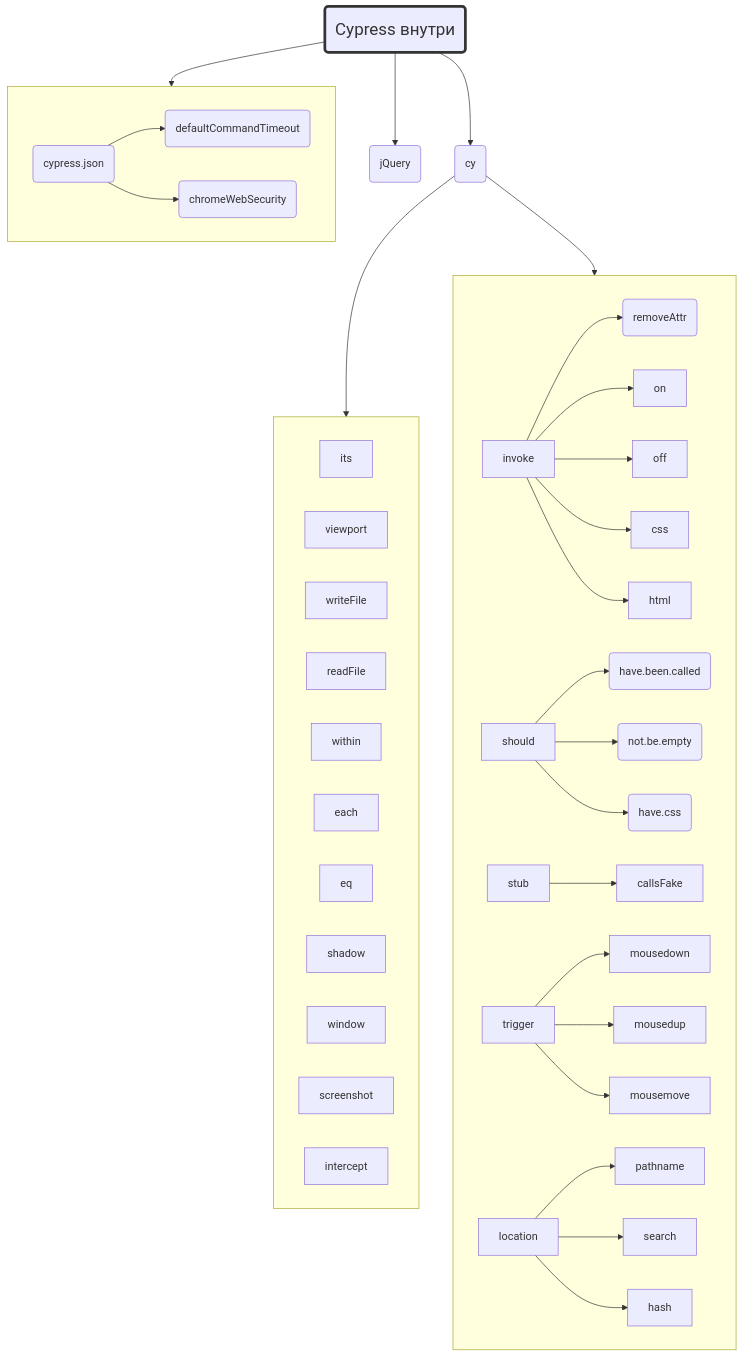
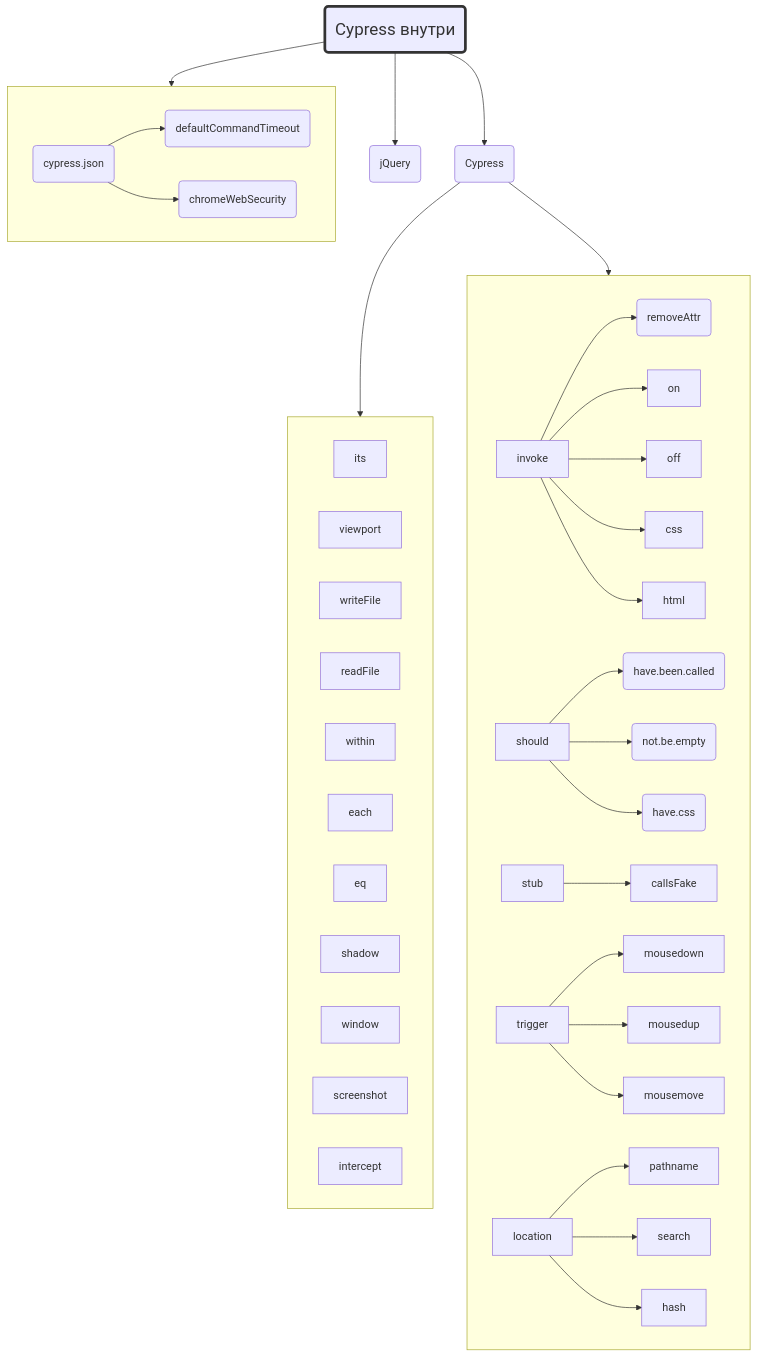
Before and after one commit to open-tutorials/cypress: the sixth of 6 diagrams in README.md, drawn with Mermaid. The commit also changed other lines of this file, not shown here.

````diff
--- a/README.md
+++ b/README.md
@@ -233,60 +233,60 @@
 ```mermaid
 flowchart TB
 deep_cypress(<span style='font-size:25px'>Cypress внутри</span>)
 
 deep_cypress --> g_cypress_json
 
 subgraph g_cypress_json [" "]
     direction LR
     cypress_json(cypress.json)
     cypress_json --> default_command_timeout(defaultCommandTimeout)
     cypress_json --> chrome_web_security(chromeWebSecurity)
 end
 
 deep_cypress --> jquery(jQuery)
 
-deep_cypress --> cypress(cy)
+deep_cypress --> cypress(Cypress)
 cypress --> g_cypress1
 cypress --> g_cypress2
 
 subgraph g_cypress1 [" "]
     direction LR
     its
     viewport
     writeFile
     readFile
     within
     each
     eq
     shadow
     window
     screenshot
     intercept
 end
 
 subgraph g_cypress2 [" "]
     direction LR
     invoke --> remove_attr(removeAttr)
     invoke --> on
     invoke --> off
     invoke --> css
     invoke --> html
 
     should --> have_been_called(have.been.called)
     should --> not_be_empty(not.be.empty)
     should --> have_css(have.css)
 
     stub --> callsFake
 
     trigger --> mousedown
     trigger --> mousedup
     trigger --> mousemove
 
     location --> pathname
     location --> search
     location --> hash
 end
 
 style deep_cypress stroke:#333,stroke-width:4px
 click deep_cypress "https://md.epic1h.com/deep_cypress" _blank
 ```
````
